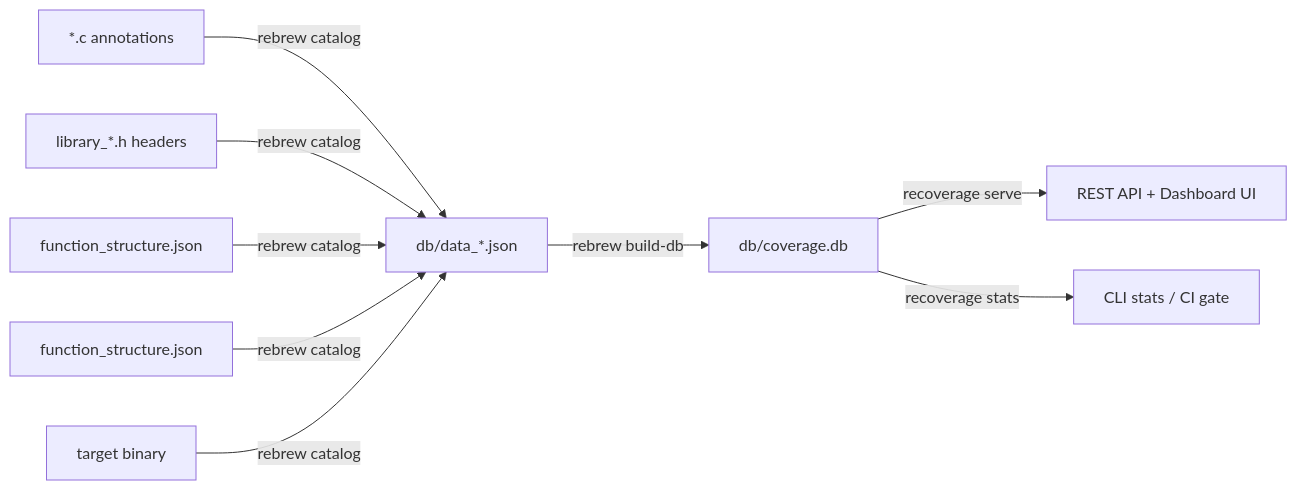
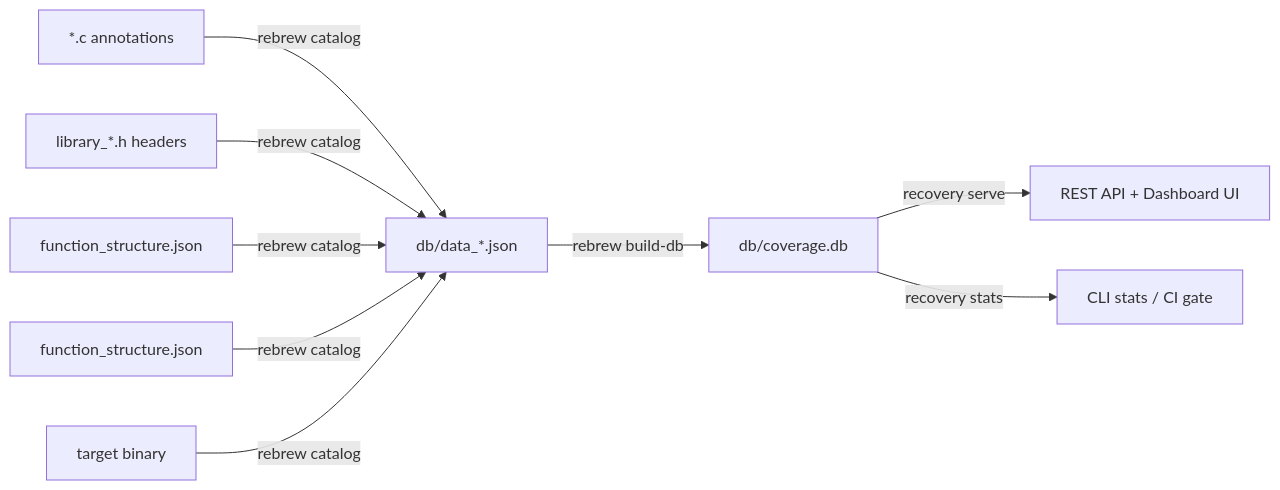
The diagram in docs/DB_FORMAT.md (maci0/rebrew), drawn with Mermaid before and after one commit. The commit also changed other lines of this file and 30 other files, not shown here.

````diff
--- a/docs/DB_FORMAT.md
+++ b/docs/DB_FORMAT.md
@@ -16,11 +16,11 @@
 ```mermaid
 flowchart LR
     A["*.c annotations"] -->|rebrew catalog| B["db/data_*.json"]
     LH["library_*.h headers"] -->|rebrew catalog| B
     FL["function_structure.json"] -->|rebrew catalog| B
     GH["function_structure.json"] -->|rebrew catalog| B
     BIN["target binary"] -->|rebrew catalog| B
     B -->|rebrew build-db| C["db/coverage.db"]
-    C -->|recoverage serve| D["REST API + Dashboard UI"]
-    C -->|recoverage stats| E["CLI stats / CI gate"]
+    C -->|recovery serve| D["REST API + Dashboard UI"]
+    C -->|recovery stats| E["CLI stats / CI gate"]
 ```
````
